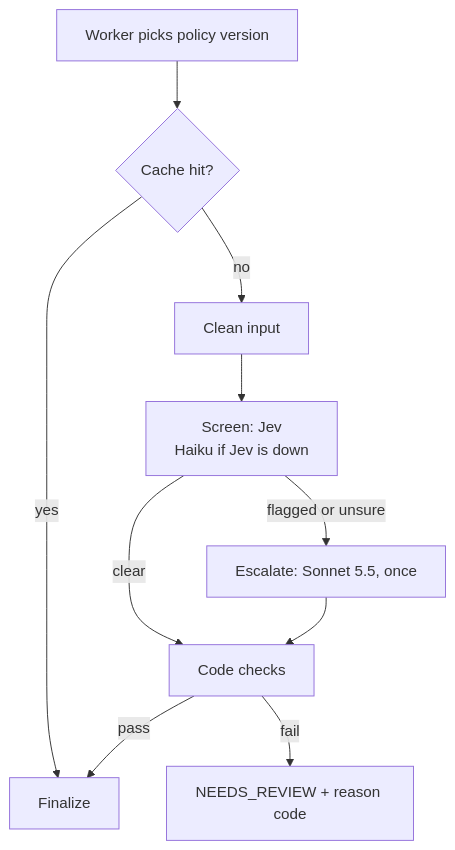
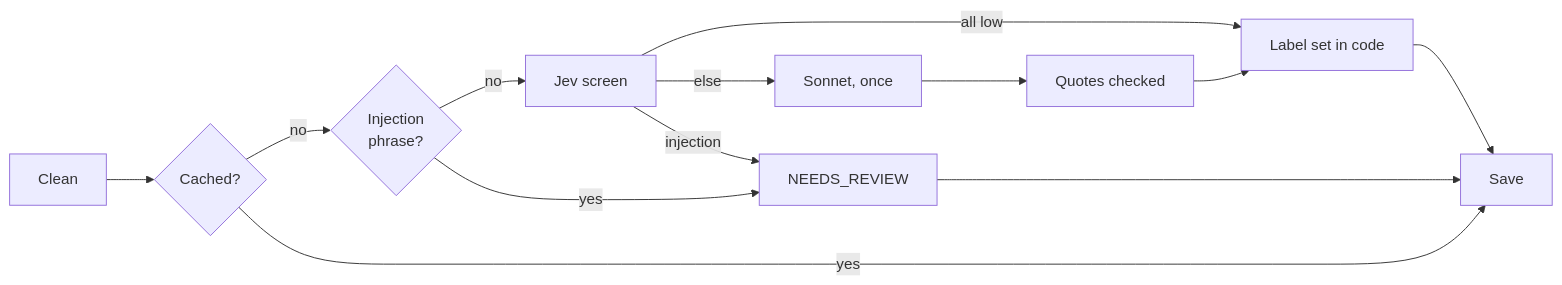
The second of 2 diagrams in DESIGN.md (phanhpp/labeling-agent), drawn with Mermaid before and after one commit. The commit also changed other lines of this file, not shown here.

````diff
--- a/DESIGN.md
+++ b/DESIGN.md
@@ -194,12 +82,13 @@
 ```mermaid
-flowchart TB
-  V[Worker picks policy version] --> C{Cache hit?}
-  C -->|yes| F[Finalize]
-  C -->|no| CL[Clean input]
-  CL --> S[Screen: Jev<br/>Haiku if Jev is down]
-  S -->|clear| K[Code checks]
-  S -->|flagged or unsure| E[Escalate: Sonnet 5.5, once]
-  E --> K
-  K -->|pass| F
-  K -->|fail| R[NEEDS_REVIEW + reason code]
+flowchart LR
+  CL[Clean] --> C{Cached?}
+  C -->|no| I{Injection<br/>phrase?}
+  I -->|no| S[Jev screen]
+  S -->|all low| D[Label set in code]
+  S -->|else| E[Sonnet, once] --> K[Quotes checked] --> D
+  I -->|yes| R[NEEDS_REVIEW]
+  S -->|injection| R
+  C -->|yes| F[Save]
+  D --> F
+  R --> F
 ```
````
